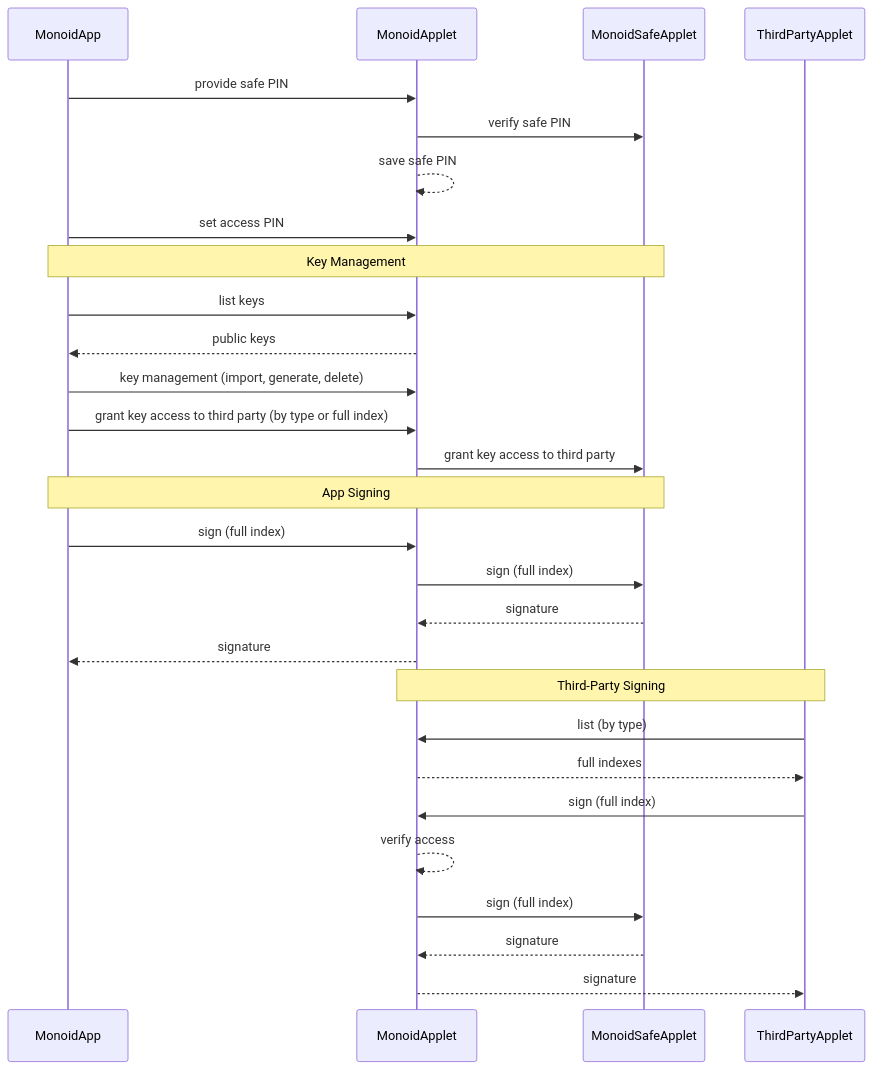
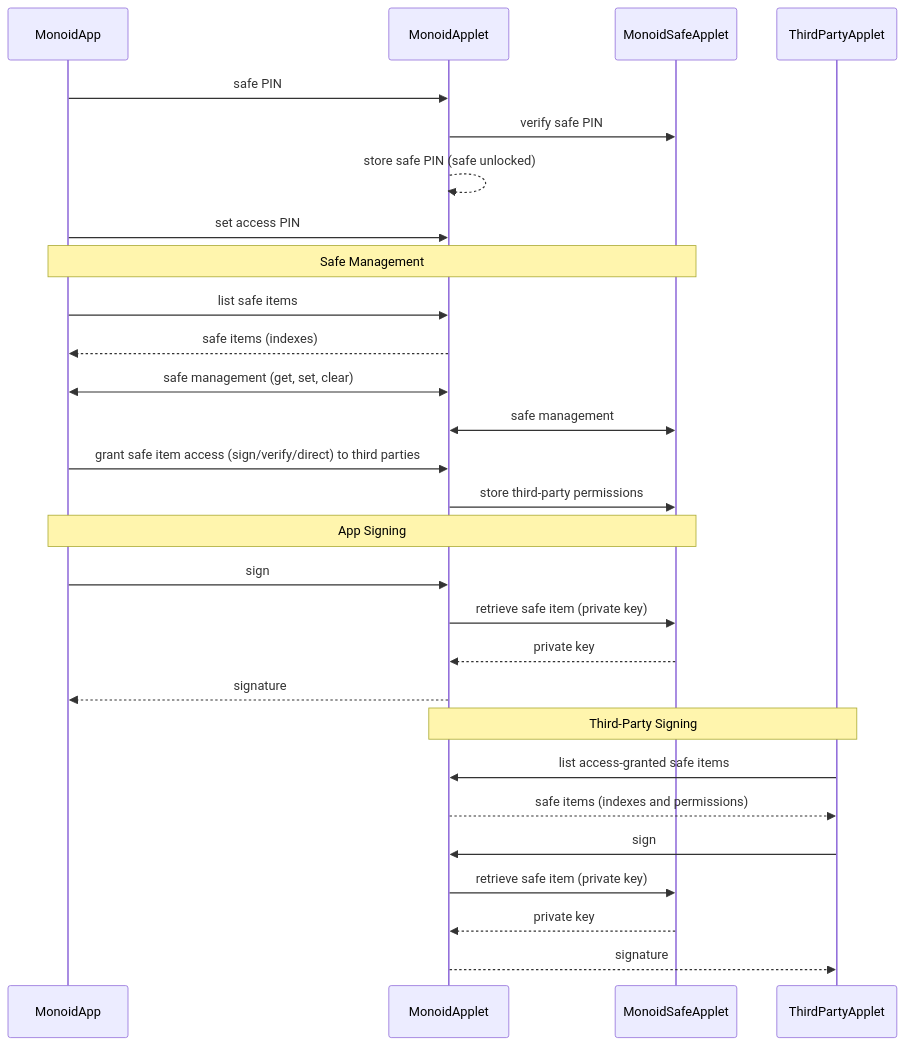
One commit to vilicvane/monoid-javacard changed the diagram in ARCHITECTURE.md. Above: the diagram before and after it, drawn with Mermaid.

Commit message:
Make architecture diagram up-to-date

````diff
--- a/ARCHITECTURE.md
+++ b/ARCHITECTURE.md
@@ -3,38 +3,38 @@
 ```mermaid
 sequenceDiagram
     participant MonoidApp
     participant MonoidApplet
     participant MonoidSafeApplet
     participant ThirdPartyApplet
 
-    MonoidApp ->> MonoidApplet: provide safe PIN
+    MonoidApp ->> MonoidApplet: safe PIN
     MonoidApplet ->> MonoidSafeApplet: verify safe PIN
-    MonoidApplet -->> MonoidApplet: save safe PIN
+    MonoidApplet -->> MonoidApplet: store safe PIN (safe unlocked)
 
     MonoidApp ->> MonoidApplet: set access PIN
 
-    note over MonoidApp, MonoidSafeApplet: Key Management
+    note over MonoidApp, MonoidSafeApplet: Safe Management
 
-    MonoidApp ->> MonoidApplet: list keys
-    MonoidApplet -->> MonoidApp: public keys
-    MonoidApp ->> MonoidApplet: key management (import, generate, delete)
-    MonoidApp ->> MonoidApplet: grant key access to third party (by type or full index)
-    MonoidApplet ->> MonoidSafeApplet: grant key access to third party
+    MonoidApp ->> MonoidApplet: list safe items
+    MonoidApplet -->> MonoidApp: safe items (indexes)
+    MonoidApp <<->> MonoidApplet: safe management (get, set, clear)
+    MonoidApplet <<->> MonoidSafeApplet: safe management
+    MonoidApp ->> MonoidApplet: grant safe item access (sign/verify/direct) to third parties
+    MonoidApplet ->> MonoidSafeApplet: store third-party permissions
 
     note over MonoidApp, MonoidSafeApplet: App Signing
 
-    MonoidApp ->> MonoidApplet: sign (full index)
-    MonoidApplet ->> MonoidSafeApplet: sign (full index)
-    MonoidSafeApplet -->> MonoidApplet: signature
+    MonoidApp ->> MonoidApplet: sign
+    MonoidApplet ->> MonoidSafeApplet: retrieve safe item (private key)
+    MonoidSafeApplet -->> MonoidApplet: private key
     MonoidApplet -->> MonoidApp: signature
 
     note over MonoidApplet, ThirdPartyApplet: Third-Party Signing
 
-    ThirdPartyApplet ->> MonoidApplet: list (by type)
-    MonoidApplet -->> ThirdPartyApplet: full indexes
-    ThirdPartyApplet ->> MonoidApplet: sign (full index)
-    MonoidApplet -->> MonoidApplet: verify access
-    MonoidApplet ->> MonoidSafeApplet: sign (full index)
-    MonoidSafeApplet -->> MonoidApplet: signature
+    ThirdPartyApplet ->> MonoidApplet: list access-granted safe items
+    MonoidApplet -->> ThirdPartyApplet: safe items (indexes and permissions)
+    ThirdPartyApplet ->> MonoidApplet: sign
+    MonoidApplet ->> MonoidSafeApplet: retrieve safe item (private key)
+    MonoidSafeApplet -->> MonoidApplet: private key
     MonoidApplet -->> ThirdPartyApplet: signature
 ```
````
